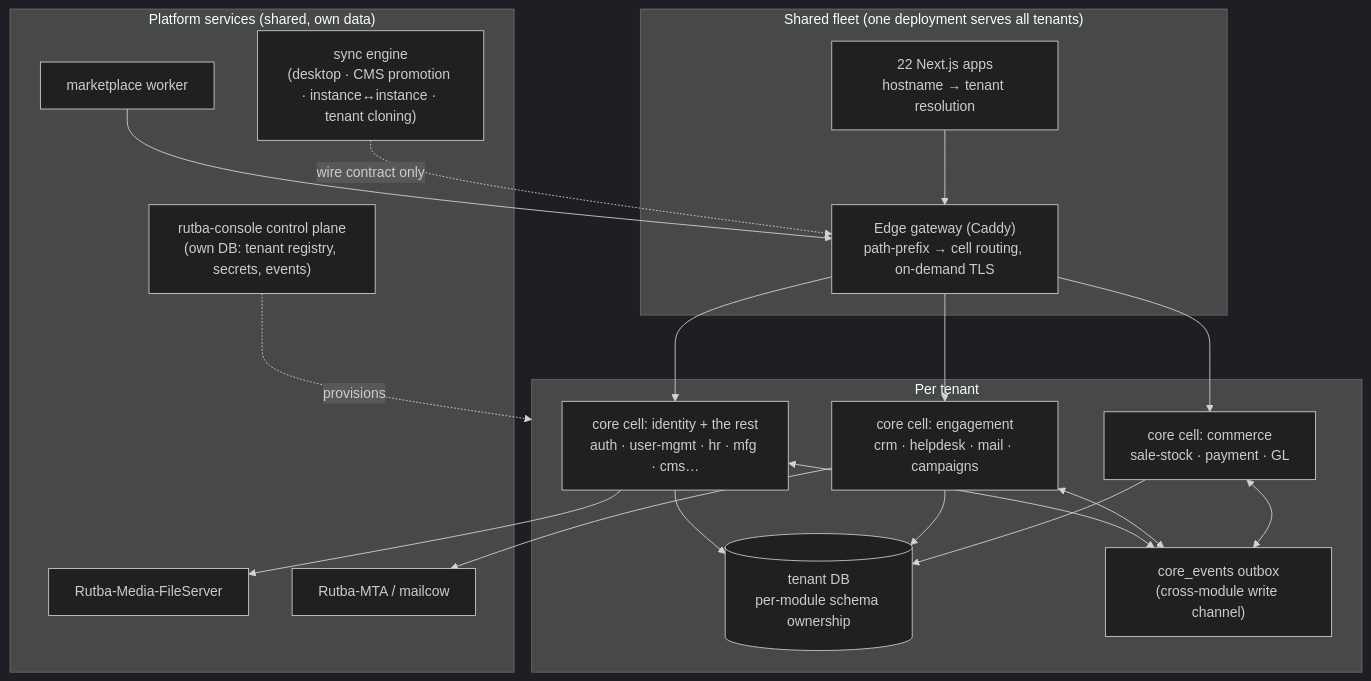
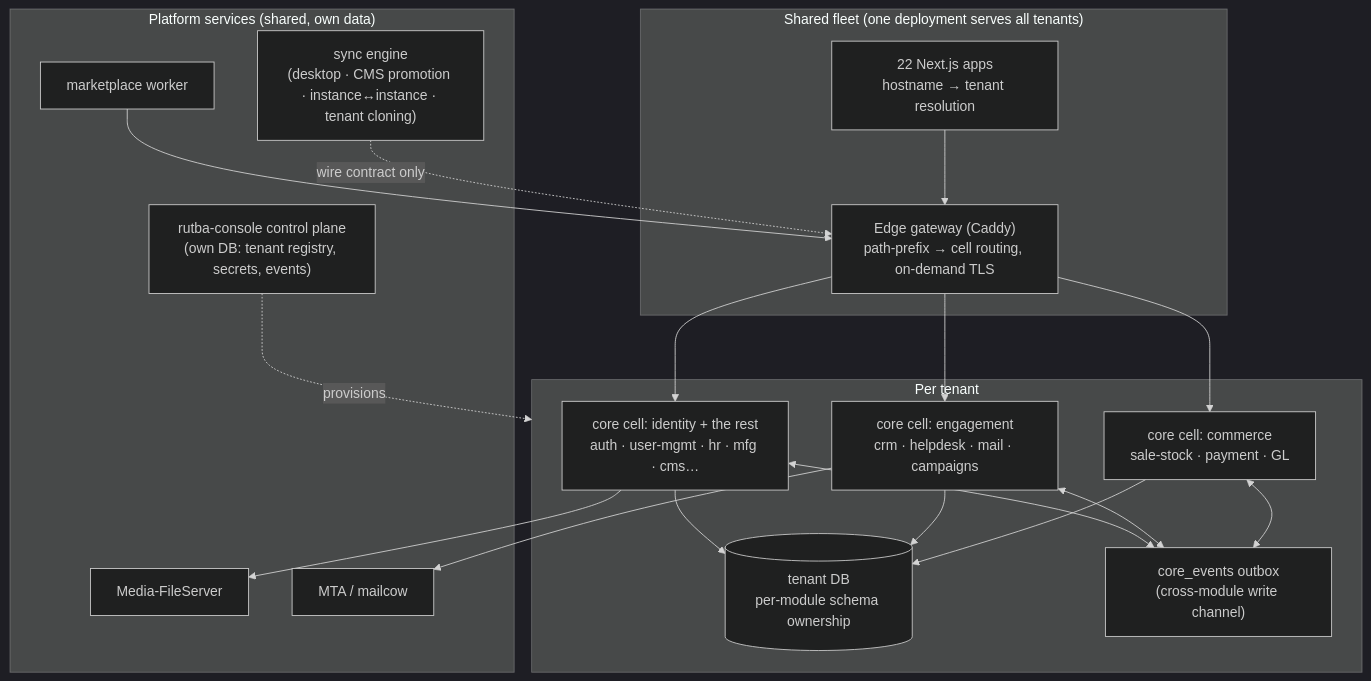
One commit to eharain/Rutba-ERP changed the first of 2 diagrams in docs/todo/erp2-program/README.md. Above: the diagram before and after it, drawn with Mermaid (dark theme). The commit also changed other lines of this file and 52 other files, not shown here.

````diff
--- a/docs/todo/erp2-program/README.md
+++ b/docs/todo/erp2-program/README.md
@@ -160,30 +160,30 @@
 ```mermaid
 flowchart TD
     subgraph Shared["Shared fleet (one deployment serves all tenants)"]
         FE["22 Next.js apps\nhostname → tenant resolution"]
         GW["Edge gateway (Caddy)\npath-prefix → cell routing, on-demand TLS"]
     end
     subgraph TenantN["Per tenant"]
         C1["core cell: commerce\nsale-stock · payment · GL"]
         C2["core cell: engagement\ncrm · helpdesk · mail · campaigns"]
         C3["core cell: identity + the rest\nauth · user-mgmt · hr · mfg · cms…"]
         DB[("tenant DB\nper-module schema ownership")]
         EV["core_events outbox\n(cross-module write channel)"]
     end
     subgraph Platform["Platform services (shared, own data)"]
         CP["rutba-console control plane\n(own DB: tenant registry, secrets, events)"]
-        MEDIA["Rutba-Media-FileServer"]
-        MTA["Rutba-MTA / mailcow"]
+        MEDIA["Media-FileServer"]
+        MTA["MTA / mailcow"]
         SYNC["sync engine\n(desktop · CMS promotion · instance↔instance · tenant cloning)"]
         MKT["marketplace worker"]
     end
     FE --> GW
     GW --> C1 & C2 & C3
     C1 & C2 & C3 --> DB
     C1 & C2 & C3 <--> EV
     CP -. provisions .-> TenantN
     SYNC -. wire contract only .-> GW
     C3 --> MEDIA
     C2 --> MTA
     MKT --> GW
 ```
````
